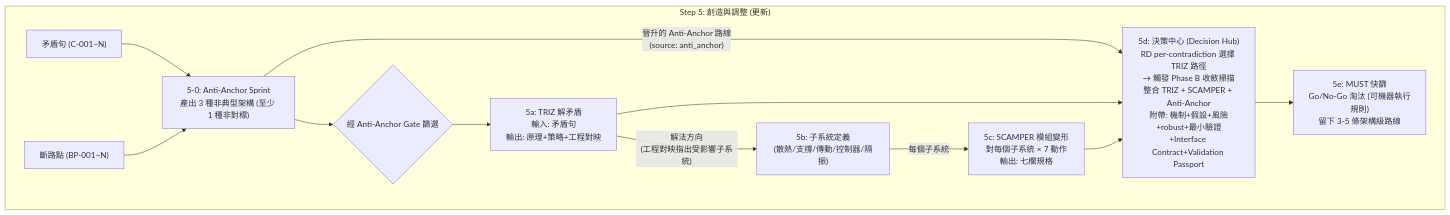
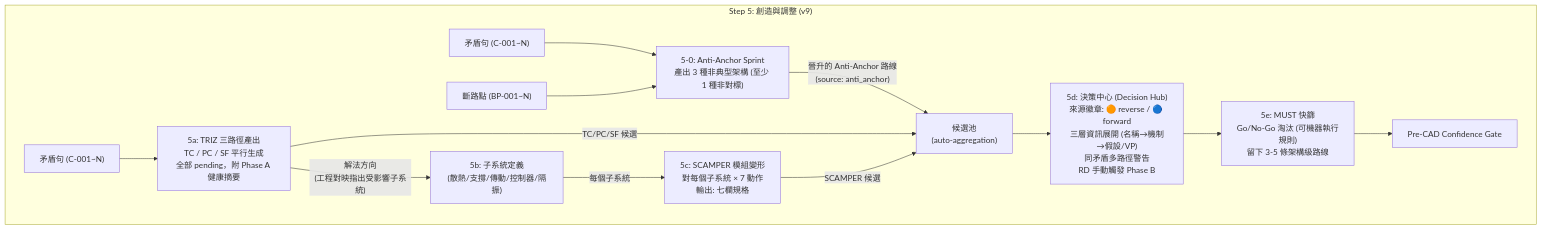
Before and after one commit to JIA-HONG-CHU/design-copilot-blueprint: the fourth of 4 diagrams in docs/e2e/RD_Design_Copilot_整合流程.md, drawn with Mermaid. The commit also changed other lines of this file and 3 other files, not shown here.

First line of the commit message:
docs: update State Machine + 整合流程 to v9 architecture

````diff
--- a/docs/e2e/RD_Design_Copilot_整合流程.md
+++ b/docs/e2e/RD_Design_Copilot_整合流程.md
@@ -518,18 +518,23 @@
 ```mermaid
 graph TD
-    subgraph Step5 ["Step 5: 創造與調整 (更新)"]
+    subgraph Step5 ["Step 5: 創造與調整 (v9)"]
         InputC["矛盾句 (C-001~N)"] --> S5_0["5-0: Anti-Anchor Sprint<br>產出 3 種非典型架構 (至少 1 種非對標)"]
         InputBP["斷路點 (BP-001~N)"] --> S5_0
-        S5_0 --> AntiAnchorGate{"經 Anti-Anchor Gate 篩選"}
-        AntiAnchorGate --> S5a["5a: TRIZ 解矛盾<br>輸入: 矛盾句<br>輸出: 原理+策略+工程對映"]
 
+        %% ── Reverse track (amber) ──
+        S5_0 --"晉升的 Anti-Anchor 路線<br>(source: anti_anchor)"--> Pool["候選池<br>(auto-aggregation)"]
+
+        %% ── Forward track (blue) ──
+        InputC2["矛盾句 (C-001~N)"] --> S5a["5a: TRIZ 三路徑產出<br>TC / PC / SF 平行生成<br>全部 pending，附 Phase A 健康摘要"]
         S5a --"解法方向<br>(工程對映指出受影響子系統)"--> S5b["5b: 子系統定義<br>(散熱/支撐/傳動/控制器/隔振)"]
         S5b --"每個子系統"--> S5c["5c: SCAMPER 模組變形<br>對每個子系統 × 7 動作<br>輸出: 七欄規格"]
+        S5a --"TC/PC/SF 候選"--> Pool
+        S5c --"SCAMPER 候選"--> Pool
 
-        S5_0 --"晉升的 Anti-Anchor 路線<br>(source: anti_anchor)"--> S5d["5d: 決策中心 (Decision Hub)<br>RD per-contradiction 選擇 TRIZ 路徑<br>→ 觸發 Phase B 收斂掃描<br>整合 TRIZ + SCAMPER + Anti-Anchor<br>附帶: 機制+假設+風險+robust+最小驗證+Interface Contract+Validation Passport"]
-        S5a --> S5d
-        S5c --> S5d
+        %% ── Decision Hub (convergence) ──
+        Pool --> S5d["5d: 決策中心 (Decision Hub)<br>來源徽章: 🟠 reverse / 🔵 forward<br>三層資訊展開 (名稱→機制→假設/VP)<br>同矛盾多路徑警告<br>RD 手動觸發 Phase B"]
 
         S5d --> S5e["5e: MUST 快篩<br>Go/No-Go 淘汰 (可機器執行規則)<br>留下 3-5 條架構級路線"]
+        S5e --> PreCAD["Pre-CAD Confidence Gate"]
     end
 ```
````
